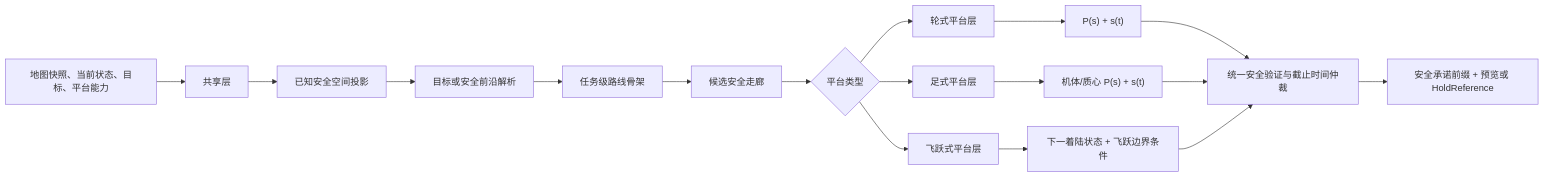
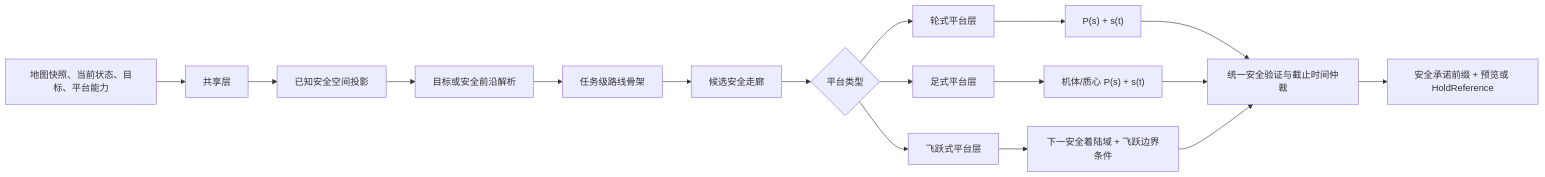
Before and after one commit to sjidnsk/lunar-path-planning: the diagram in docs/superpowers/specs/2026-07-28-multiplatform-path-planner-v3-design.md, drawn with Mermaid. The commit also changed other lines of this file, not shown here.

````diff
--- a/docs/superpowers/specs/2026-07-28-multiplatform-path-planner-v3-design.md
+++ b/docs/superpowers/specs/2026-07-28-multiplatform-path-planner-v3-design.md
@@ -43,19 +43,19 @@
 ```mermaid
 flowchart LR
     A["地图快照、当前状态、目标、平台能力"] --> B["共享层"]
     B --> B1["已知安全空间投影"]
     B1 --> B2["目标或安全前沿解析"]
     B2 --> B3["任务级路线骨架"]
     B3 --> B4["候选安全走廊"]
     B4 --> C{"平台类型"}
     C --> W["轮式平台层"]
     C --> L["足式平台层"]
     C --> H["飞跃式平台层"]
     W --> O1["P(s) + s(t)"]
     L --> O2["机体/质心 P(s) + s(t)"]
-    H --> O3["下一着陆状态 + 飞跃边界条件"]
+    H --> O3["下一安全着陆域 + 飞跃边界条件"]
     O1 --> V["统一安全验证与截止时间仲裁"]
     O2 --> V
     O3 --> V
     V --> R["安全承诺前缀 + 预览或 HoldReference"]
 ```
````
